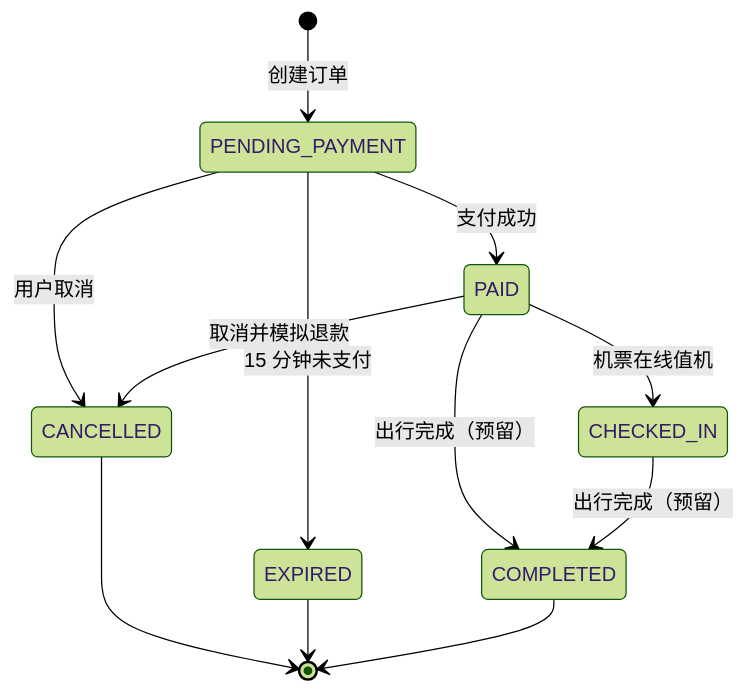
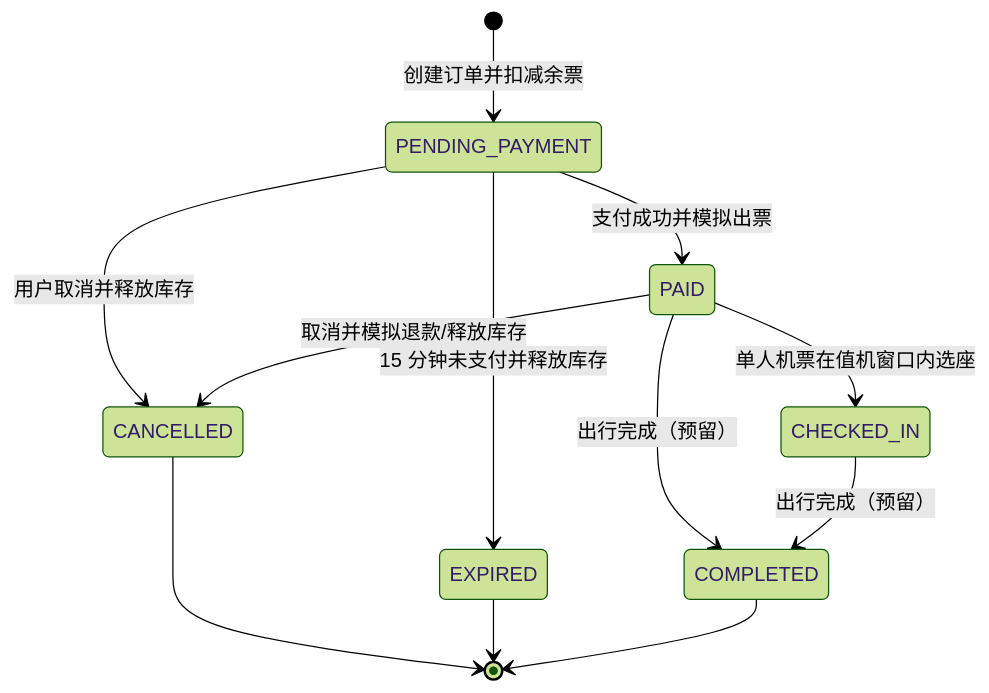
Before and after one commit to lonelyhty/hebut-xiecheng-se24: the sixth of 6 diagrams in docs/design.md, drawn with Mermaid (forest theme). The commit also changed other lines of this file and 24 other files, not shown here.

````diff
--- a/docs/design.md
+++ b/docs/design.md
@@ -267,14 +275,14 @@
 ```mermaid
 stateDiagram-v2
-  [*] --> PENDING_PAYMENT: 创建订单
-  PENDING_PAYMENT --> PAID: 支付成功
-  PENDING_PAYMENT --> CANCELLED: 用户取消
-  PENDING_PAYMENT --> EXPIRED: 15 分钟未支付
-  PAID --> CHECKED_IN: 机票在线值机
-  PAID --> CANCELLED: 取消并模拟退款
+  [*] --> PENDING_PAYMENT: 创建订单并扣减余票
+  PENDING_PAYMENT --> PAID: 支付成功并模拟出票
+  PENDING_PAYMENT --> CANCELLED: 用户取消并释放库存
+  PENDING_PAYMENT --> EXPIRED: 15 分钟未支付并释放库存
+  PAID --> CHECKED_IN: 单人机票在值机窗口内选座
+  PAID --> CANCELLED: 取消并模拟退款/释放库存
   PAID --> COMPLETED: 出行完成（预留）
   CHECKED_IN --> COMPLETED: 出行完成（预留）
   CANCELLED --> [*]
   EXPIRED --> [*]
   COMPLETED --> [*]
 ```
````
